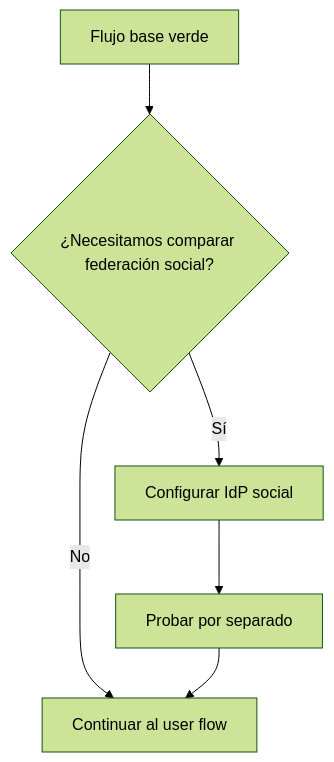
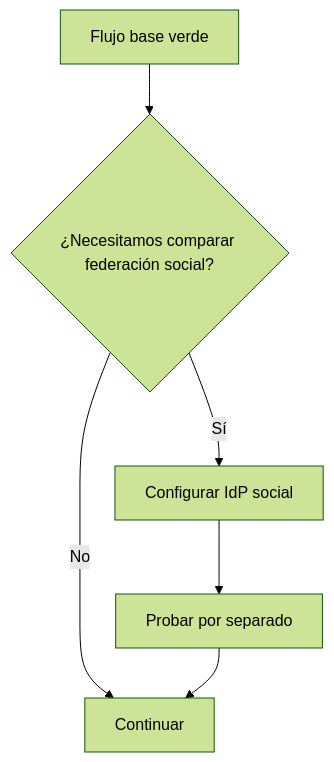
Before and after one commit to cmartinezs/DSY1107-DESARROLLO-CLOUD-NATIVE-I-2026-2: the fifth of 5 diagrams in docs/identity/entra-guia-completa/04b1-self-service-identity-providers.md, drawn with Mermaid (forest theme). The commit also changed other lines of this file, not shown here.

````diff
--- a/docs/identity/entra-guia-completa/04b1-self-service-identity-providers.md
+++ b/docs/identity/entra-guia-completa/04b1-self-service-identity-providers.md
@@ -149,8 +141,8 @@
 ```mermaid
 flowchart TD
     G0[Flujo base verde] --> Q{¿Necesitamos comparar federación social?}
-    Q -- No --> NEXT[Continuar al user flow]
+    Q -- No --> NEXT[Continuar]
     Q -- Sí --> CFG[Configurar IdP social]
     CFG --> TEST[Probar por separado]
     TEST --> NEXT
 ```
````
